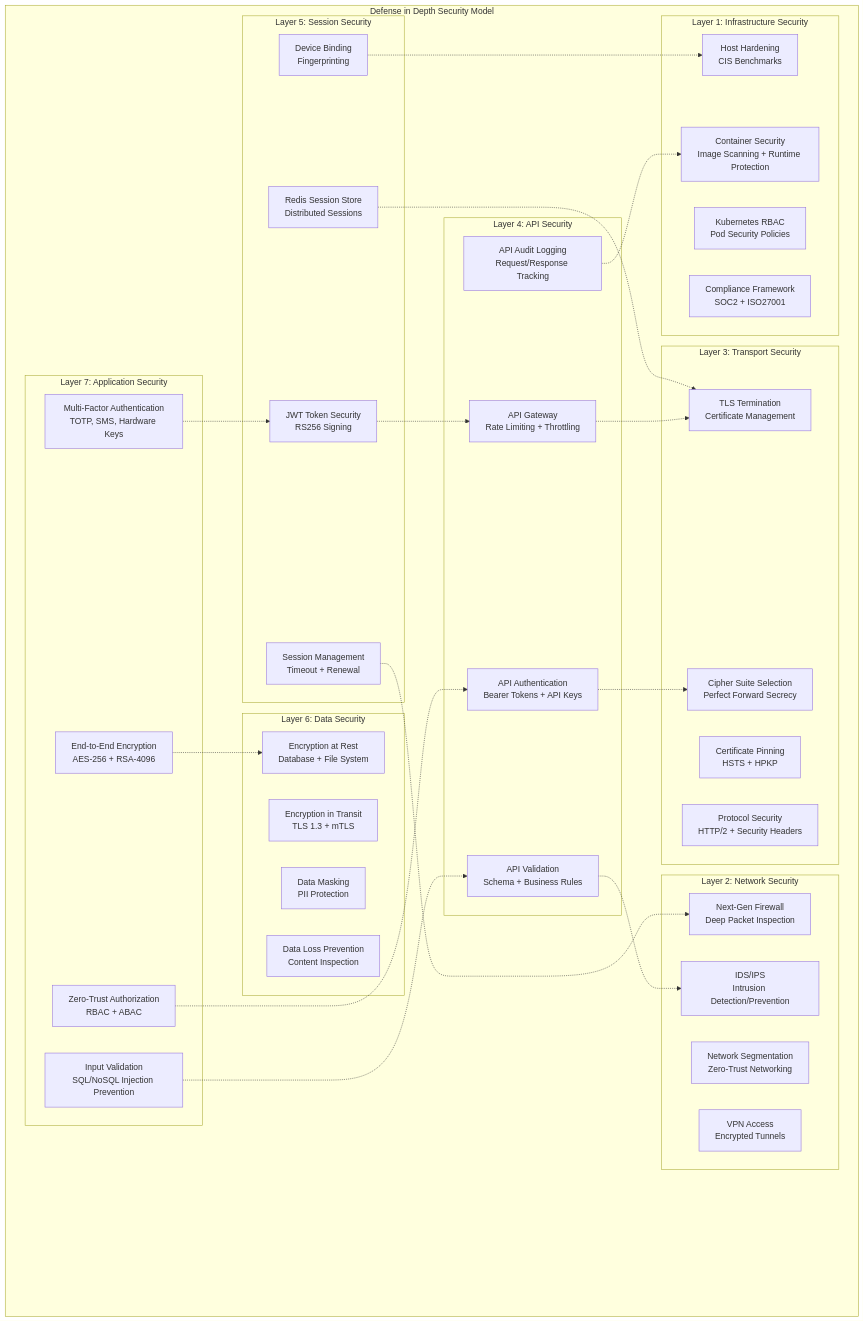
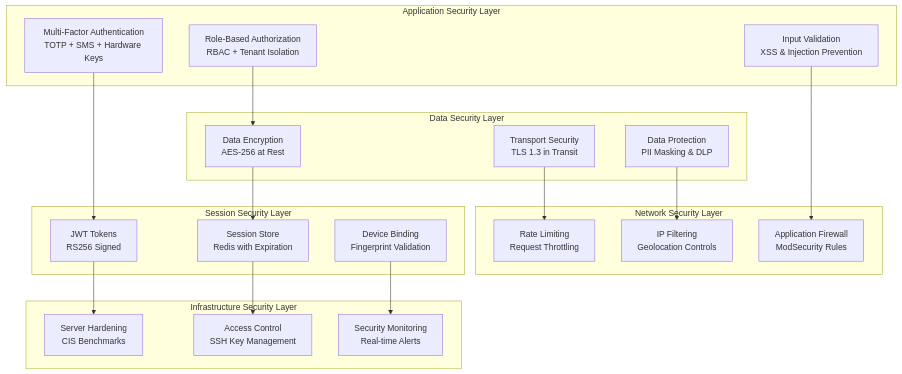
One commit to Vishwa0220/securaa-internal-documents changed the second of 14 diagrams in ZONA_USER_HLD.md. Above: the diagram before and after it, drawn with Mermaid. The commit also changed other lines of this file and 1 other file, not shown here.

````diff
--- a/ZONA_USER_HLD.md
+++ b/ZONA_USER_HLD.md
@@ -191,69 +120,45 @@
 ```mermaid
 graph TB
-    subgraph "Defense in Depth Security Model"
-        subgraph "Layer 7: Application Security"
-            APP_AUTH[Multi-Factor Authentication<br/>TOTP, SMS, Hardware Keys]
-            APP_AUTHZ[Zero-Trust Authorization<br/>RBAC + ABAC]
-            APP_VALIDATE[Input Validation<br/>SQL/NoSQL Injection Prevention]
-            APP_ENCRYPT[End-to-End Encryption<br/>AES-256 + RSA-4096]
-        end
-        
-        subgraph "Layer 6: Data Security"
-            DATA_ENCRYPT[Encryption at Rest<br/>Database + File System]
-            DATA_TRANSIT[Encryption in Transit<br/>TLS 1.3 + mTLS]
-            DATA_MASK[Data Masking<br/>PII Protection]
-            DATA_DLP[Data Loss Prevention<br/>Content Inspection]
-        end
-        
-        subgraph "Layer 5: Session Security"
-            SESSION_JWT[JWT Token Security<br/>RS256 Signing]
-            SESSION_REDIS[Redis Session Store<br/>Distributed Sessions]
-            SESSION_TIMEOUT[Session Management<br/>Timeout + Renewal]
-            SESSION_BIND[Device Binding<br/>Fingerprinting]
-        end
-        
-        subgraph "Layer 4: API Security"
-            API_GATEWAY[API Gateway<br/>Rate Limiting + Throttling]
-            API_AUTH[API Authentication<br/>Bearer Tokens + API Keys]
-            API_VALIDATE[API Validation<br/>Schema + Business Rules]
-            API_AUDIT[API Audit Logging<br/>Request/Response Tracking]
-        end
-        
-        subgraph "Layer 3: Transport Security"
-            TLS_TERMINATION[TLS Termination<br/>Certificate Management]
-            CIPHER_SUITE[Cipher Suite Selection<br/>Perfect Forward Secrecy]
-            CERT_PINNING[Certificate Pinning<br/>HSTS + HPKP]
-            PROTOCOL_SECURITY[Protocol Security<br/>HTTP/2 + Security Headers]
-        end
-        
-        subgraph "Layer 2: Network Security"
-            FIREWALL[Next-Gen Firewall<br/>Deep Packet Inspection]
-            IDS_IPS[IDS/IPS<br/>Intrusion Detection/Prevention]
-            SEGMENTATION[Network Segmentation<br/>Zero-Trust Networking]
-            VPN_ACCESS[VPN Access<br/>Encrypted Tunnels]
-        end
-        
-        subgraph "Layer 1: Infrastructure Security"
-            HOST_HARDENING[Host Hardening<br/>CIS Benchmarks]
-            CONTAINER_SECURITY[Container Security<br/>Image Scanning + Runtime Protection]
-            RBAC_K8S[Kubernetes RBAC<br/>Pod Security Policies]
-            COMPLIANCE[Compliance Framework<br/>SOC2 + ISO27001]
-        end
+    subgraph "Application Security Layer"
+        APP_AUTH[Multi-Factor Authentication<br/>TOTP + SMS + Hardware Keys]
+        APP_AUTHZ[Role-Based Authorization<br/>RBAC + Tenant Isolation]
+        APP_VALIDATE[Input Validation<br/>XSS & Injection Prevention]
     end
     
-    %% Layer Dependencies
-    APP_AUTH -.-> SESSION_JWT
-    APP_AUTHZ -.-> API_AUTH
-    APP_VALIDATE -.-> API_VALIDATE
-    APP_ENCRYPT -.-> DATA_ENCRYPT
+    subgraph "Data Security Layer"
+        DATA_ENCRYPT[Data Encryption<br/>AES-256 at Rest]
+        DATA_TRANSIT[Transport Security<br/>TLS 1.3 in Transit]
+        DATA_MASK[Data Protection<br/>PII Masking & DLP]
+    end
     
-    SESSION_JWT -.-> API_GATEWAY
-    SESSION_REDIS -.-> TLS_TERMINATION
-    SESSION_TIMEOUT -.-> FIREWALL
-    SESSION_BIND -.-> HOST_HARDENING
+    subgraph "Session Security Layer"
+        SESSION_JWT[JWT Tokens<br/>RS256 Signed]
+        SESSION_REDIS[Session Store<br/>Redis with Expiration]
+        SESSION_BIND[Device Binding<br/>Fingerprint Validation]
+    end
     
-    API_GATEWAY -.-> TLS_TERMINATION
-    API_AUTH -.-> CIPHER_SUITE
-    API_VALIDATE -.-> IDS_IPS
-    API_AUDIT -.-> CONTAINER_SECURITY
+    subgraph "Network Security Layer"
+        FIREWALL[Application Firewall<br/>ModSecurity Rules]
+        RATE_LIMIT[Rate Limiting<br/>Request Throttling]
+        IP_FILTERING[IP Filtering<br/>Geolocation Controls]
+    end
+    
+    subgraph "Infrastructure Security Layer"
+        HOST_HARDENING[Server Hardening<br/>CIS Benchmarks]
+        ACCESS_CONTROL[Access Control<br/>SSH Key Management]
+        MONITORING[Security Monitoring<br/>Real-time Alerts]
+    end
+    
+    %% Security Layer Dependencies
+    APP_AUTH --> SESSION_JWT
+    APP_AUTHZ --> DATA_ENCRYPT
+    APP_VALIDATE --> FIREWALL
+    
+    DATA_ENCRYPT --> SESSION_REDIS
+    DATA_TRANSIT --> RATE_LIMIT
+    DATA_MASK --> IP_FILTERING
+    
+    SESSION_JWT --> HOST_HARDENING
+    SESSION_REDIS --> ACCESS_CONTROL
+    SESSION_BIND --> MONITORING
 ```
````
